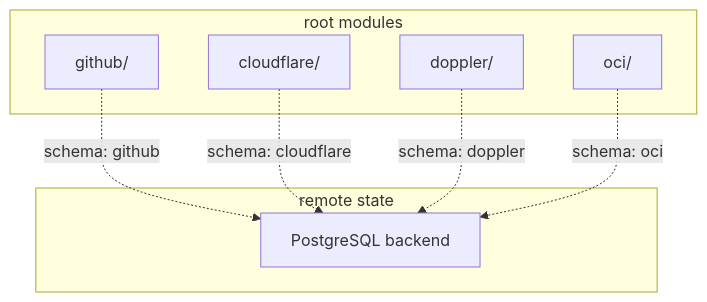
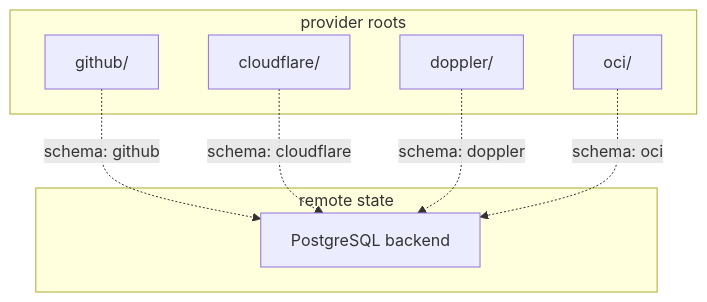
Before and after one commit to jae-labs/terraform: the first of 2 diagrams in docs/architecture.md, drawn with Mermaid. The commit also changed other lines of this file and 7 other files, not shown here.

````diff
--- a/docs/architecture.md
+++ b/docs/architecture.md
@@ -7,18 +7,18 @@
 ```mermaid
 flowchart TD
-    subgraph RootModules["root modules"]
+    subgraph ProviderRoots["provider roots"]
         GH["github/"]
         CF["cloudflare/"]
         DP["doppler/"]
         OCI["oci/"]
     end
 
     subgraph State["remote state"]
         PG["PostgreSQL backend"]
     end
 
     GH -.->|"schema: github"| PG
     CF -.->|"schema: cloudflare"| PG
     DP -.->|"schema: doppler"| PG
     OCI -.->|"schema: oci"| PG
 ```
````
